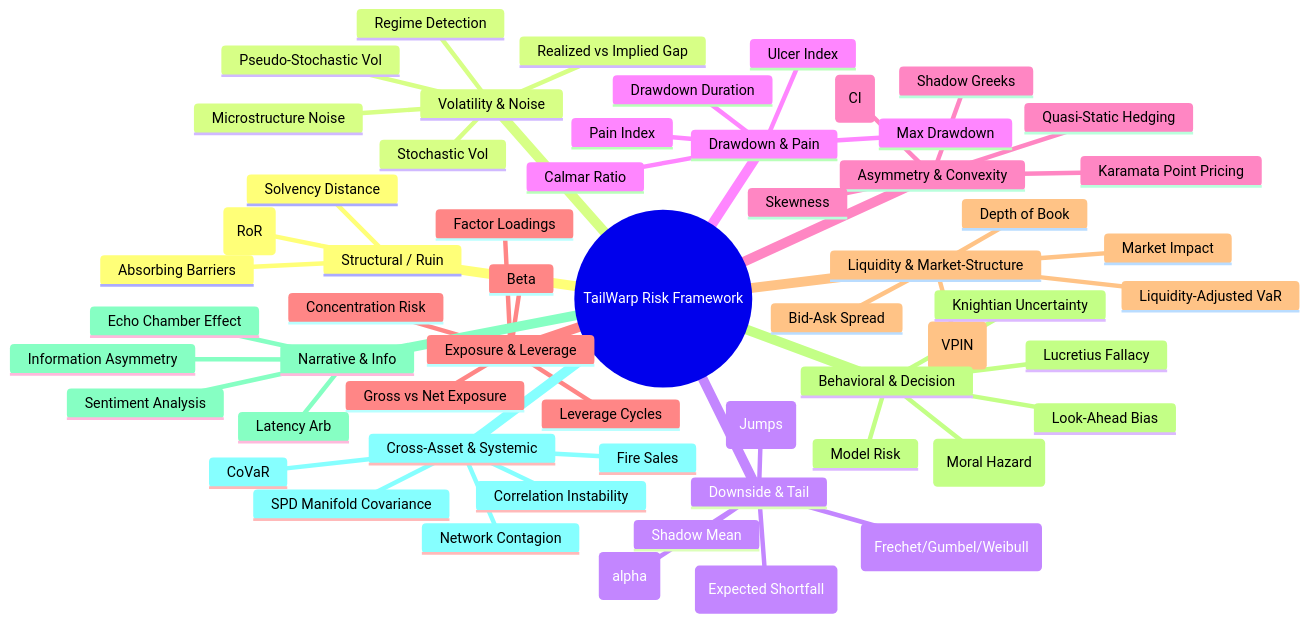
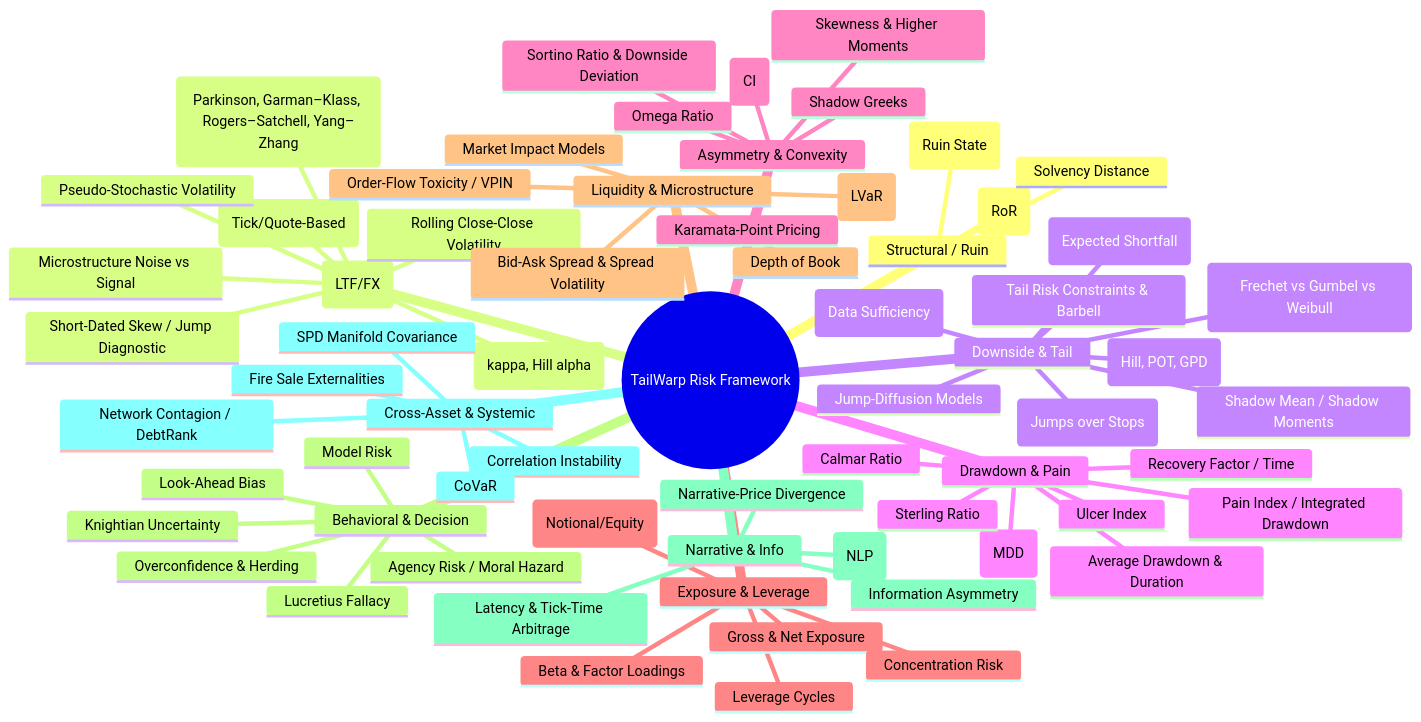
Before and after one commit to artaasd95/TailWarp: the diagram in docs/risk-metrics/risk-categories.md, drawn with Mermaid. The commit also changed other lines of this file, not shown here.

Commit message:
docs: add the risk metrics categories and methods and its mindmap

````diff
--- a/docs/risk-metrics/risk-categories.md
+++ b/docs/risk-metrics/risk-categories.md
@@ -107,61 +406,70 @@
 ```mermaid
 mindmap
   root((TailWarp Risk Framework))
     Structural / Ruin
       Risk of Ruin (RoR)
-      Absorbing Barriers
+      Absorbing Barriers (Ruin State)
       Solvency Distance
-    Volatility & Noise
-      Stochastic Vol
-      Pseudo-Stochastic Vol
-      Realized vs Implied Gap
-      Regime Detection
-      Microstructure Noise
+    Volatility & Noise (LTF/FX)
+      Rolling Close-Close Volatility
+      Range-Based Estimators (Parkinson, Garman–Klass, Rogers–Satchell, Yang–Zhang)
+      Realized Volatility (Tick/Quote-Based)
+      Regime Detection (kappa, Hill alpha)
+      Microstructure Noise vs Signal
+      Pseudo-Stochastic Volatility
+      Short-Dated Skew / Jump Diagnostic
     Downside & Tail
-      CVaR (Expected Shortfall)
-      MDA (Frechet/Gumbel/Weibull)
-      Tail Index (alpha)
-      Shadow Mean
-      Gap Risk (Jumps)
+      VaR and CVaR (Expected Shortfall)
+      MDA Diagnosis (Frechet vs Gumbel vs Weibull)
+      Tail Index alpha (Hill, POT, GPD)
+      kappa Metric (Data Sufficiency)
+      Shadow Mean / Shadow Moments
+      Gap Risk (Jumps over Stops)
+      Jump-Diffusion Models
+      Tail Risk Constraints & Barbell
     Drawdown & Pain
-      Max Drawdown
-      Drawdown Duration
+      Maximum Drawdown (MDD)
+      Average Drawdown & Duration
       Ulcer Index
       Calmar Ratio
-      Pain Index
+      Sterling Ratio
+      Pain Index / Integrated Drawdown
+      Recovery Factor / Time
     Asymmetry & Convexity
       Convexity Index (CI)
-      Karamata Point Pricing
+      Sortino Ratio & Downside Deviation
+      Omega Ratio
+      Skewness & Higher Moments
+      Karamata-Point Pricing
       Shadow Greeks
-      Quasi-Static Hedging
-      Skewness
     Exposure & Leverage
+      Gross & Net Exposure
+      Leverage Ratio (Notional/Equity)
+      Beta & Factor Loadings
+      Concentration Risk
       Leverage Cycles
-      Gross vs Net Exposure
-      Beta
-      Factor Loadings
-      Concentration Risk
-    Liquidity & Market-Structure
-      Bid-Ask Spread
-      Market Impact
-      Order Flow Toxicity (VPIN)
+    Liquidity & Microstructure
+      Bid-Ask Spread & Spread Volatility
+      Order-Flow Toxicity / VPIN
+      Market Impact Models
       Depth of Book
-      Liquidity-Adjusted VaR
+      Liquidity-Adjusted VaR (LVaR)
     Behavioral & Decision
       Model Risk
-      Agency Risk (Moral Hazard)
+      Agency Risk / Moral Hazard
       Lucretius Fallacy
       Knightian Uncertainty
       Look-Ahead Bias
+      Overconfidence & Herding
     Narrative & Info
       Information Asymmetry
-      Latency Arb
-      Sentiment Analysis
-      Echo Chamber Effect
+      Latency & Tick-Time Arbitrage
+      Sentiment Analysis (NLP)
+      Narrative-Price Divergence
     Cross-Asset & Systemic
       Correlation Instability
-      Network Contagion
+      Network Contagion / DebtRank
       CoVaR
-      Fire Sales
+      Fire Sale Externalities
       SPD Manifold Covariance
 ```
````
